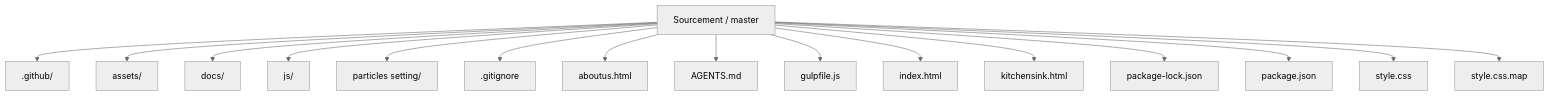
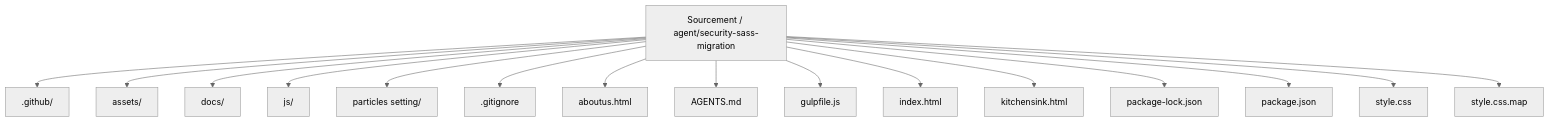
Before and after one commit to Nischhalsubba/Sourcement: the first of 5 diagrams in README.md, drawn with Mermaid (neutral theme). The commit also changed other lines of this file, not shown here.

````diff
--- a/README.md
+++ b/README.md
@@ -56,19 +56,19 @@
 ```mermaid
 flowchart TD
-    ROOT["Sourcement / master"]
+    ROOT["Sourcement / agent/security-sass-migration"]
     ROOT --> P0[".github/"]
     ROOT --> P1["assets/"]
     ROOT --> P2["docs/"]
     ROOT --> P3["js/"]
     ROOT --> P4["particles setting/"]
     ROOT --> P5[".gitignore"]
     ROOT --> P6["aboutus.html"]
     ROOT --> P7["AGENTS.md"]
     ROOT --> P8["gulpfile.js"]
     ROOT --> P9["index.html"]
     ROOT --> P10["kitchensink.html"]
     ROOT --> P11["package-lock.json"]
     ROOT --> P12["package.json"]
     ROOT --> P13["style.css"]
     ROOT --> P14["style.css.map"]
 ```
````
